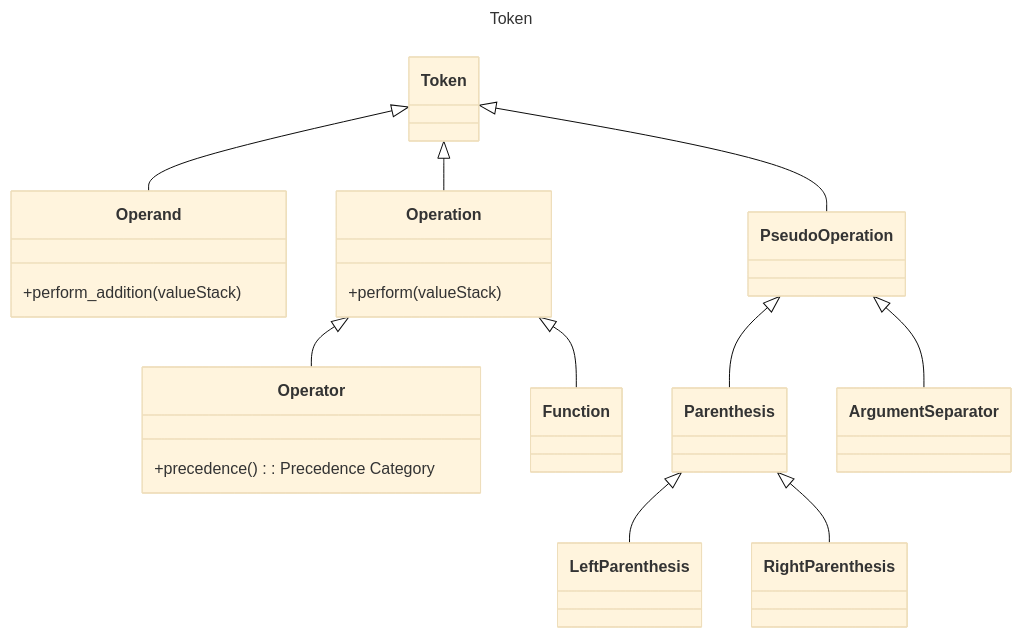
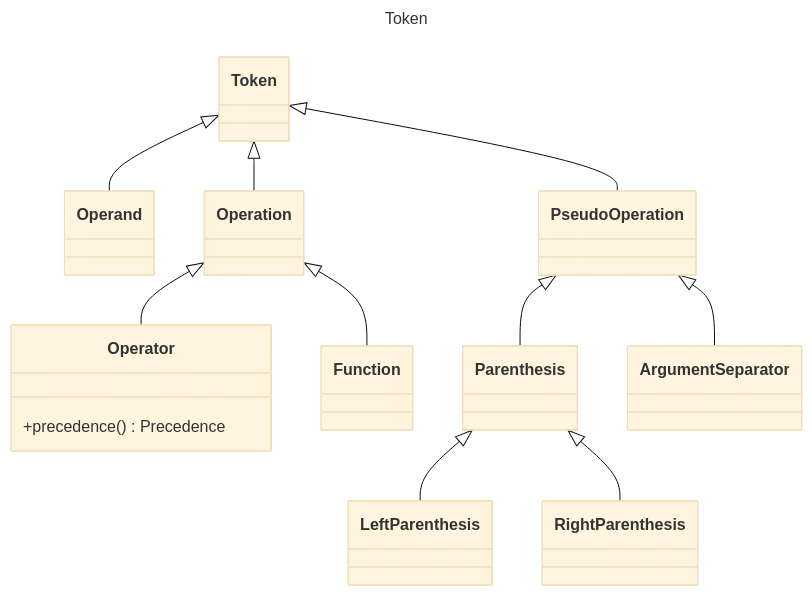
The diagram in !docs/Token.md (khangvum/exprevaluator), drawn with Mermaid (base theme) before and after one commit.

````diff
--- a/!docs/Token.md
+++ b/!docs/Token.md
@@ -1,41 +1,37 @@
 ```mermaid
 ---
 title: Token
 ---
 classDiagram
     class Token
 
-    class Operand {
-        +perform_addition(valueStack)
-    }
+    class Operand
 
-    class Operation {
-        +perform(valueStack)
-    }
+    class Operation
 
     class PseudoOperation
 
     class Operator {
-        +precedence(): Precedence Category
+        +precedence() Precedence
     }
 
     class Function
 
     class Parenthesis
 
     class ArgumentSeparator
 
     class LeftParenthesis
 
     class RightParenthesis
 
     Token <|-- Operand
     Token <|-- Operation
     Token <|-- PseudoOperation
     PseudoOperation <|-- Parenthesis
     PseudoOperation <|-- ArgumentSeparator
     Parenthesis <|-- LeftParenthesis
     Parenthesis <|-- RightParenthesis
     Operation <|-- Operator
     Operation <|-- Function
 ```
````
